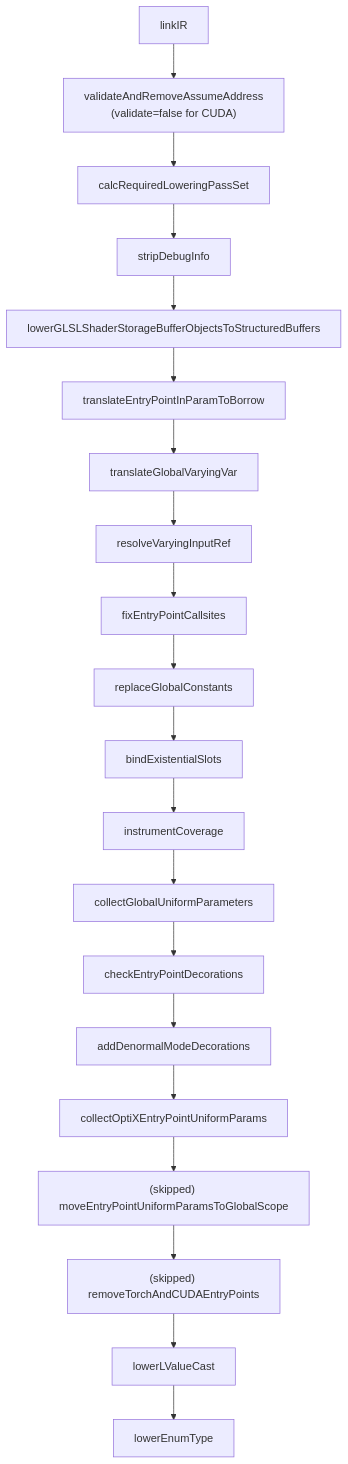
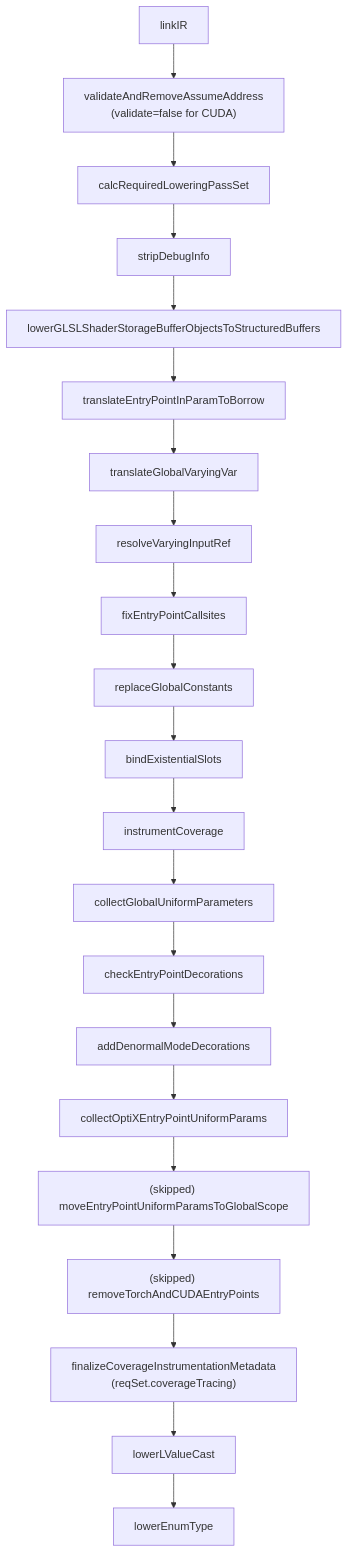
Before and after one commit to shader-slang/slang: the second of 5 diagrams in docs/llm-generated/target-pipelines/cuda.md, drawn with Mermaid. The commit also changed other lines of this file and 34 other files, not shown here.

````diff
--- a/docs/llm-generated/target-pipelines/cuda.md
+++ b/docs/llm-generated/target-pipelines/cuda.md
@@ -100,25 +100,26 @@
 ```mermaid
 flowchart TD
   linkIRn[linkIR]
   vaaaCuda["validateAndRemoveAssumeAddress<br/>(validate=false for CUDA)"]
   reqSet1[calcRequiredLoweringPassSet]
   stripDI[stripDebugInfo]
   ssbo[lowerGLSLShaderStorageBufferObjectsToStructuredBuffers]
   tEPInBorrow[translateEntryPointInParamToBorrow]
   tGVV[translateGlobalVaryingVar]
   rvir[resolveVaryingInputRef]
   fEPC[fixEntryPointCallsites]
   rGC[replaceGlobalConstants]
   bES[bindExistentialSlots]
   iC[instrumentCoverage]
   cGUP[collectGlobalUniformParameters]
   cEPD[checkEntryPointDecorations]
   aDMD[addDenormalModeDecorations]
   cOEPUP[collectOptiXEntryPointUniformParams]
   skip_mEPUP["(skipped) moveEntryPointUniformParamsToGlobalScope"]
   skip_rTCEP["(skipped) removeTorchAndCUDAEntryPoints"]
+  fCIM["finalizeCoverageInstrumentationMetadata<br/>(reqSet.coverageTracing)"]
   lLVC[lowerLValueCast]
   lET[lowerEnumType]
 
-  linkIRn --> vaaaCuda --> reqSet1 --> stripDI --> ssbo --> tEPInBorrow --> tGVV --> rvir --> fEPC --> rGC --> bES --> iC --> cGUP --> cEPD --> aDMD --> cOEPUP --> skip_mEPUP --> skip_rTCEP --> lLVC --> lET
+  linkIRn --> vaaaCuda --> reqSet1 --> stripDI --> ssbo --> tEPInBorrow --> tGVV --> rvir --> fEPC --> rGC --> bES --> iC --> cGUP --> cEPD --> aDMD --> cOEPUP --> skip_mEPUP --> skip_rTCEP --> fCIM --> lLVC --> lET
 ```
````
